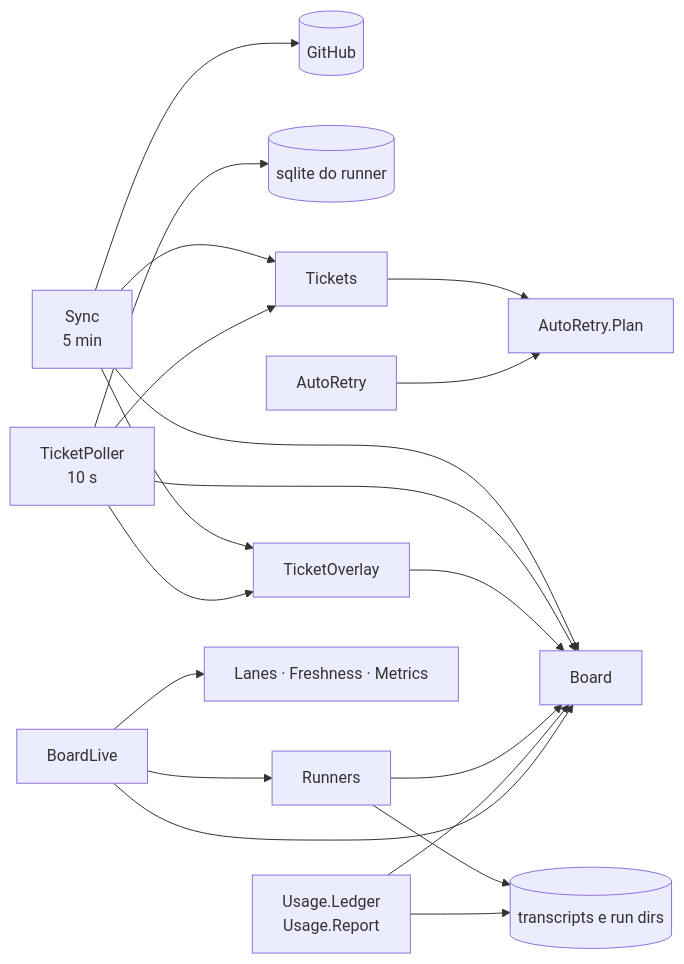
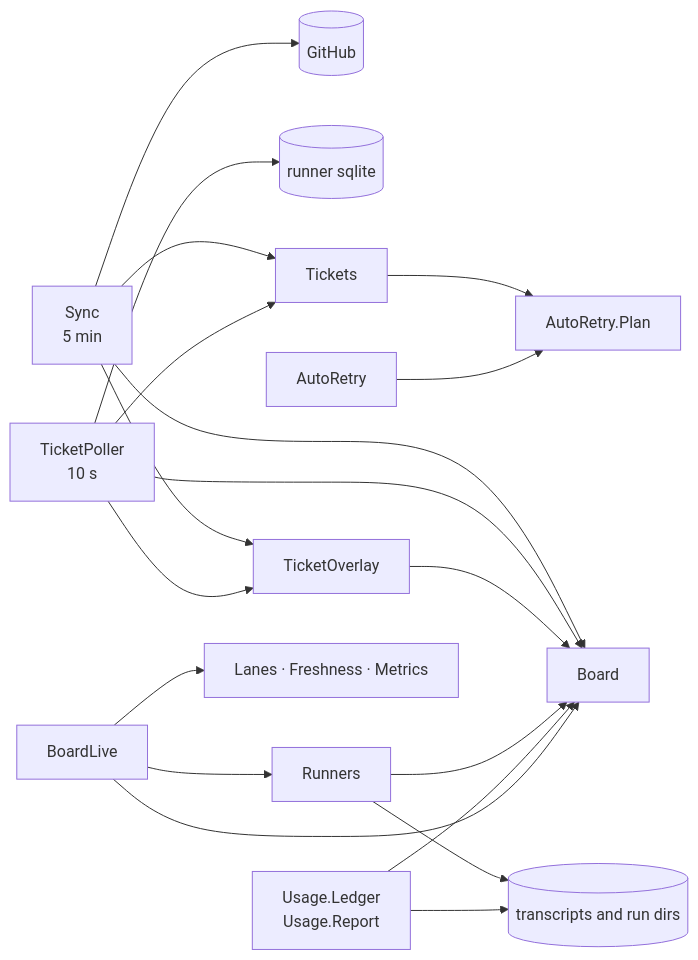
The second of 5 diagrams in docs/architecture/README.md (sallaumen/dsh-superagent-superboard), drawn with Mermaid before and after one commit. The commit also changed other lines of this file and 34 other files, not shown here.

````diff
--- a/docs/architecture/README.md
+++ b/docs/architecture/README.md
@@ -70,29 +71,29 @@
 ```mermaid
 flowchart LR
     GH[(GitHub)]
-    AGENT[(sqlite do runner)]
-    FILES[(transcripts e run dirs)]
+    AGENT[(runner sqlite)]
+    FILES[(transcripts and run dirs)]
 
     SYNC["Sync\n5 min"] --> GH
     SYNC --> BOARD["Board"]
     SYNC --> OVERLAY["TicketOverlay"]
     SYNC --> TICKETS["Tickets"]
 
     POLL["TicketPoller\n10 s"] --> AGENT
     POLL --> TICKETS
     POLL --> OVERLAY
     POLL --> BOARD
 
     TICKETS --> PLAN["AutoRetry.Plan"]
     AUTORETRY["AutoRetry"] --> PLAN
 
     OVERLAY --> BOARD
     RUNNERS["Runners"] --> FILES
     RUNNERS --> BOARD
     USAGE["Usage.Ledger\nUsage.Report"] --> FILES
     USAGE --> BOARD
 
     UI["BoardLive"] --> LANES["Lanes · Freshness · Metrics"]
     UI --> BOARD
     UI --> RUNNERS
 ```
````
